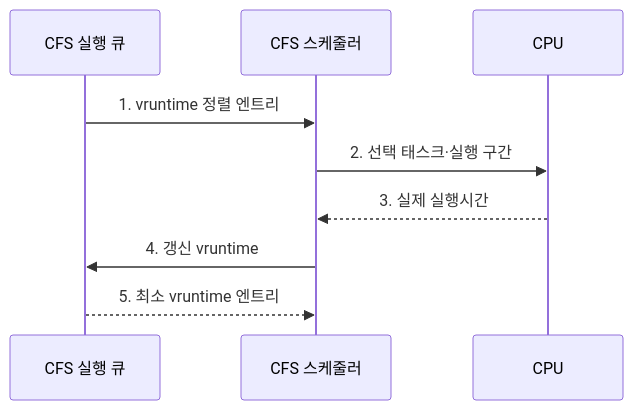
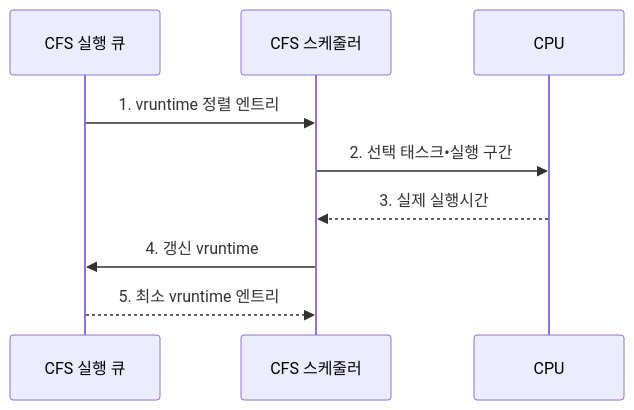
Before and after one commit to agnusdei1207/knowledge-base: the second of 2 diagrams in src/content/docs/notes/03-software/006_cfs.md, drawn with Mermaid. The commit also changed other lines of this file and 953 other files, not shown here.

````diff
--- a/src/content/docs/notes/03-software/006_cfs.md
+++ b/src/content/docs/notes/03-software/006_cfs.md
@@ -107,11 +107,11 @@
 ```mermaid
 sequenceDiagram
     participant Q as CFS 실행 큐
     participant S as CFS 스케줄러
     participant C as CPU
     Q->>S: 1. vruntime 정렬 엔트리
-    S->>C: 2. 선택 태스크·실행 구간
+    S->>C: 2. 선택 태스크•실행 구간
     C-->>S: 3. 실제 실행시간
     S->>Q: 4. 갱신 vruntime
     Q-->>S: 5. 최소 vruntime 엔트리
 ```
````
